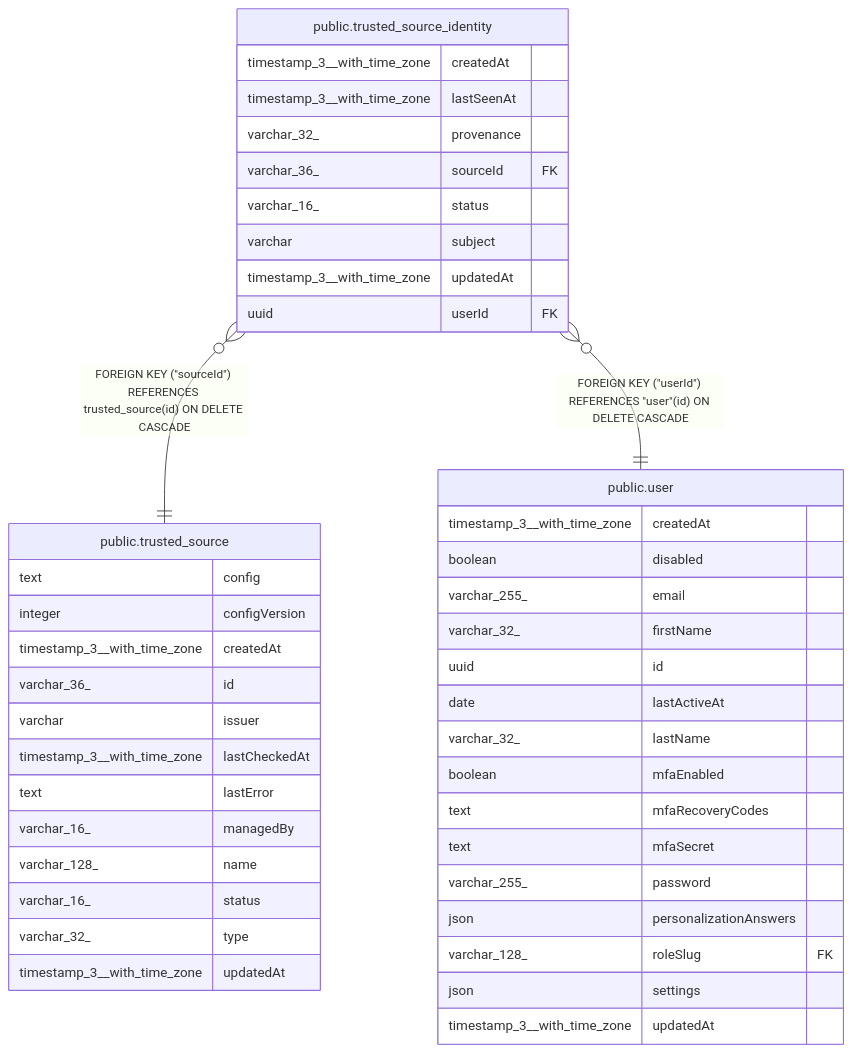
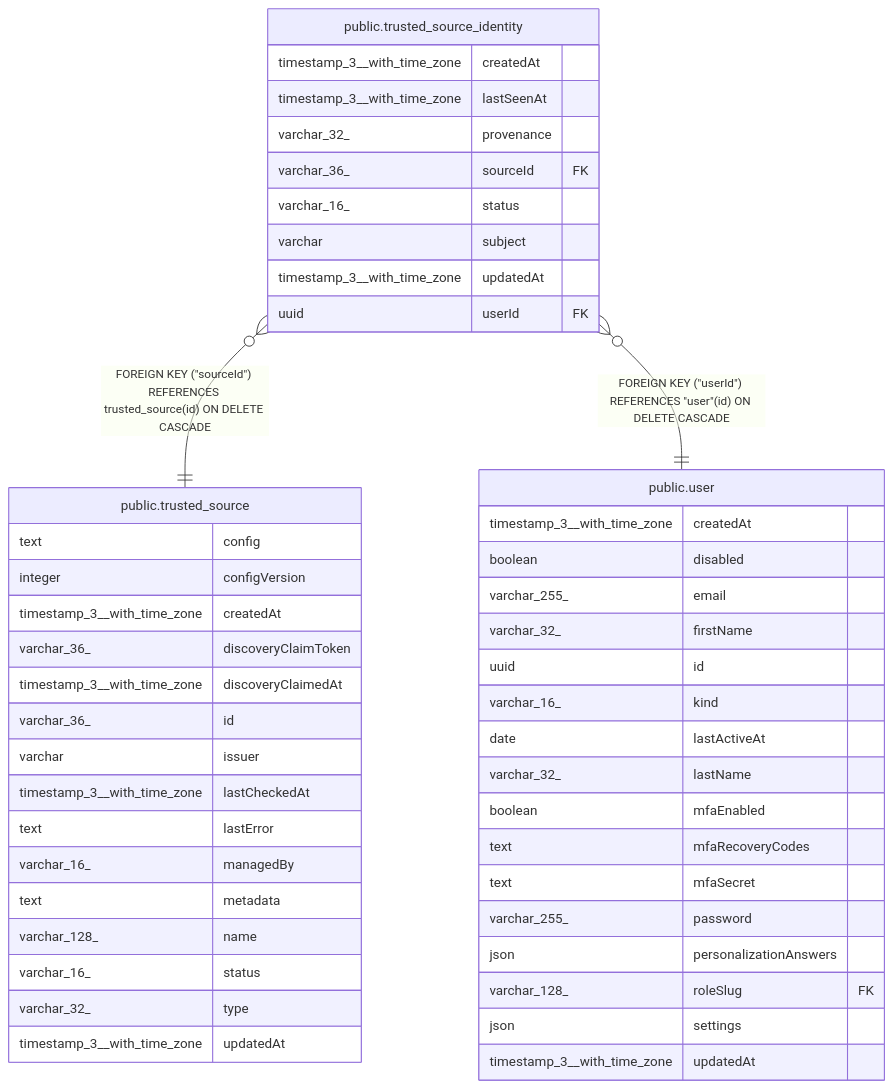
Before and after one commit to sreent/n8n: the diagram in docs/generated/postgres-schema/public.trusted_source_identity.md, drawn with Mermaid. The commit also changed 7993 other files, not shown here.

````diff
--- a/docs/generated/postgres-schema/public.trusted_source_identity.md
+++ b/docs/generated/postgres-schema/public.trusted_source_identity.md
@@ -40,48 +40,52 @@
 ```mermaid
 erDiagram
 
 "public.trusted_source_identity" }o--|| "public.trusted_source" : "FOREIGN KEY (#quot;sourceId#quot;) REFERENCES trusted_source(id) ON DELETE CASCADE"
 "public.trusted_source_identity" }o--|| "public.user" : "FOREIGN KEY (#quot;userId#quot;) REFERENCES #quot;user#quot;(id) ON DELETE CASCADE"
 
 "public.trusted_source_identity" {
   timestamp_3__with_time_zone createdAt
   timestamp_3__with_time_zone lastSeenAt
   varchar_32_ provenance
   varchar_36_ sourceId FK
   varchar_16_ status
   varchar subject
   timestamp_3__with_time_zone updatedAt
   uuid userId FK
 }
 "public.trusted_source" {
   text config
   integer configVersion
   timestamp_3__with_time_zone createdAt
+  varchar_36_ discoveryClaimToken
+  timestamp_3__with_time_zone discoveryClaimedAt
   varchar_36_ id
   varchar issuer
   timestamp_3__with_time_zone lastCheckedAt
   text lastError
   varchar_16_ managedBy
+  text metadata
   varchar_128_ name
   varchar_16_ status
   varchar_32_ type
   timestamp_3__with_time_zone updatedAt
 }
 "public.user" {
   timestamp_3__with_time_zone createdAt
   boolean disabled
   varchar_255_ email
   varchar_32_ firstName
   uuid id
+  varchar_16_ kind
   date lastActiveAt
   varchar_32_ lastName
   boolean mfaEnabled
   text mfaRecoveryCodes
   text mfaSecret
   varchar_255_ password
   json personalizationAnswers
   varchar_128_ roleSlug FK
   json settings
   timestamp_3__with_time_zone updatedAt
 }
 ```
````
